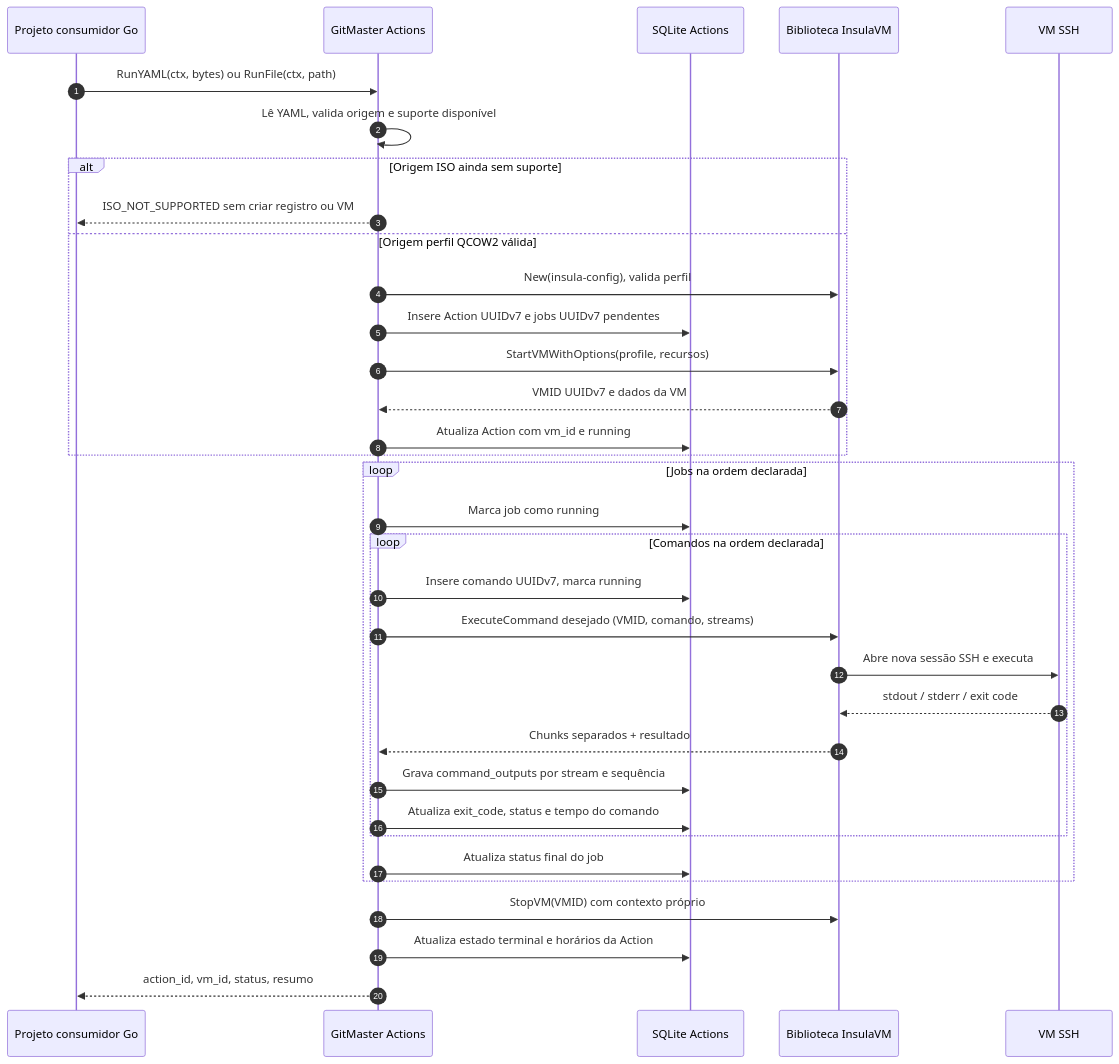
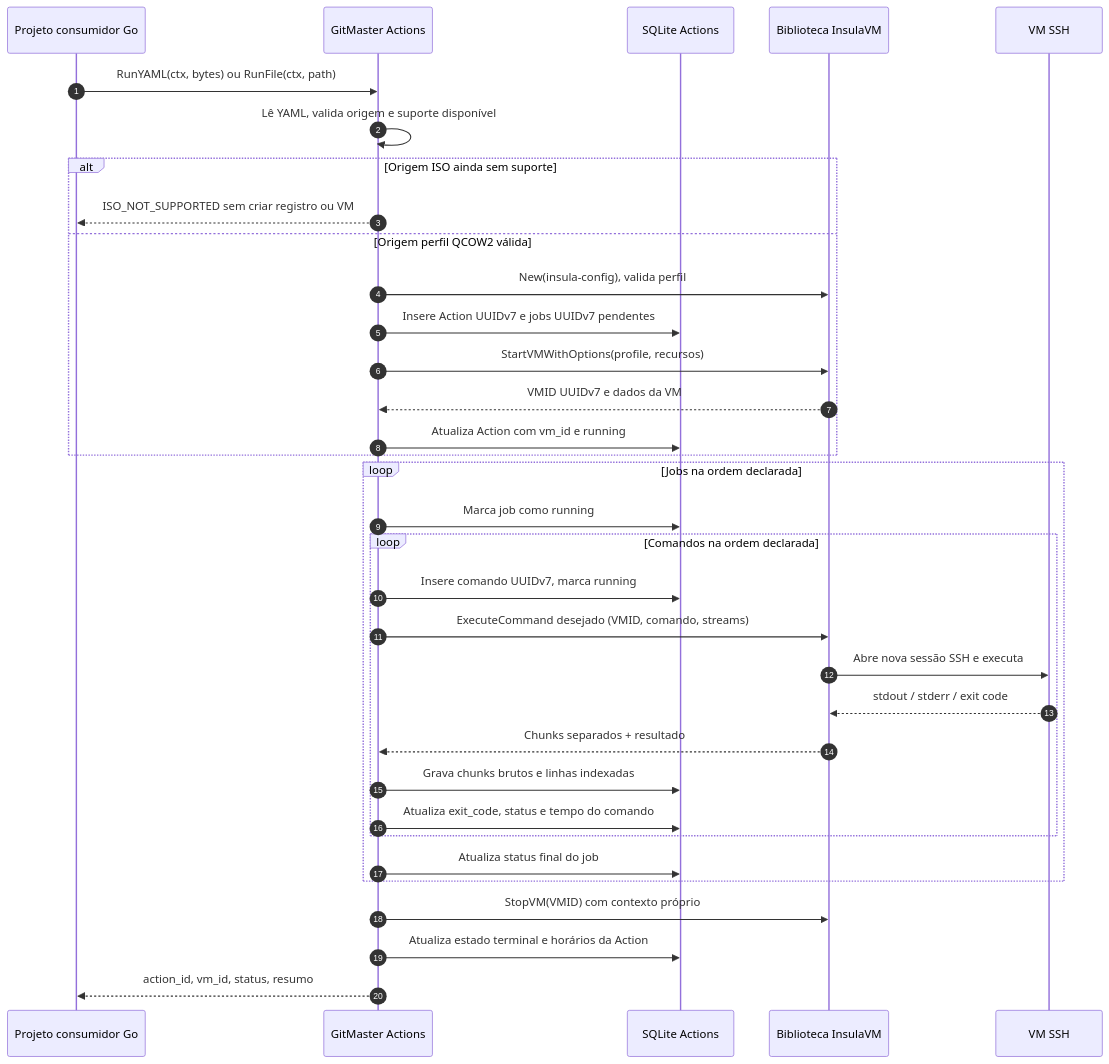
Before and after one commit to ahhvahh/gitmaster-actions: the diagram in docs/fluxos/FLUX-001-execucao-action.md, drawn with Mermaid. The commit also changed other lines of this file and 6 other files, not shown here.

````diff
--- a/docs/fluxos/FLUX-001-execucao-action.md
+++ b/docs/fluxos/FLUX-001-execucao-action.md
@@ -23,36 +23,36 @@
 ```mermaid
 sequenceDiagram
     autonumber
     participant C as Projeto consumidor Go
     participant A as GitMaster Actions
     participant D as SQLite Actions
     participant I as Biblioteca InsulaVM
     participant V as VM SSH
     C->>A: RunYAML(ctx, bytes) ou RunFile(ctx, path)
     A->>A: Lê YAML, valida origem e suporte disponível
     alt Origem ISO ainda sem suporte
         A-->>C: ISO_NOT_SUPPORTED sem criar registro ou VM
     else Origem perfil QCOW2 válida
         A->>I: New(insula-config), valida perfil
         A->>D: Insere Action UUIDv7 e jobs UUIDv7 pendentes
         A->>I: StartVMWithOptions(profile, recursos)
         I-->>A: VMID UUIDv7 e dados da VM
         A->>D: Atualiza Action com vm_id e running
     end
     loop Jobs na ordem declarada
         A->>D: Marca job como running
         loop Comandos na ordem declarada
             A->>D: Insere comando UUIDv7, marca running
             A->>I: ExecuteCommand desejado (VMID, comando, streams)
             I->>V: Abre nova sessão SSH e executa
             V-->>I: stdout / stderr / exit code
             I-->>A: Chunks separados + resultado
-            A->>D: Grava command_outputs por stream e sequência
+            A->>D: Grava chunks brutos e linhas indexadas
             A->>D: Atualiza exit_code, status e tempo do comando
         end
         A->>D: Atualiza status final do job
     end
     A->>I: StopVM(VMID) com contexto próprio
     A->>D: Atualiza estado terminal e horários da Action
     A-->>C: action_id, vm_id, status, resumo
 ```
````
